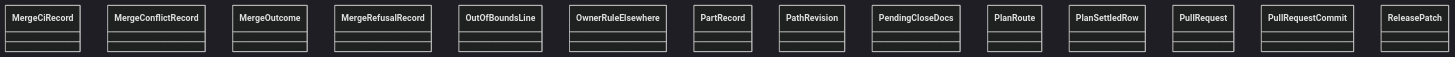
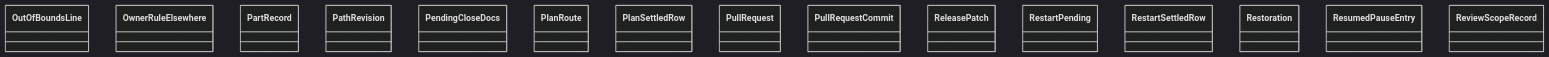
Before and after one commit to GonzaloZevallos/agentic-system: the diagram in docs/architecture/generated/classes-process-domain-state-5.md, drawn with Mermaid (dark theme). The commit also changed 7 other files, not shown here.

````diff
--- a/docs/architecture/generated/classes-process-domain-state-5.md
+++ b/docs/architecture/generated/classes-process-domain-state-5.md
@@ -23,17 +23,18 @@
 ```mermaid
 classDiagram
-    class task__MergeCiRecord["MergeCiRecord"]
-    class task__MergeConflictRecord["MergeConflictRecord"]
-    class task__MergeOutcome["MergeOutcome"]
-    class task__MergeRefusalRecord["MergeRefusalRecord"]
     class task__OutOfBoundsLine["OutOfBoundsLine"]
     class task__OwnerRuleElsewhere["OwnerRuleElsewhere"]
     class task__PartRecord["PartRecord"]
     class task__PathRevision["PathRevision"]
     class task__PendingCloseDocs["PendingCloseDocs"]
     class task__PlanRoute["PlanRoute"]
     class task__PlanSettledRow["PlanSettledRow"]
     class task__PullRequest["PullRequest"]
     class task__PullRequestCommit["PullRequestCommit"]
     class task__ReleasePatch["ReleasePatch"]
+    class task__RestartPending["RestartPending"]
+    class task__RestartSettledRow["RestartSettledRow"]
+    class task__Restoration["Restoration"]
+    class task__ResumedPauseEntry["ResumedPauseEntry"]
+    class task__ReviewScopeRecord["ReviewScopeRecord"]
 ```
````
